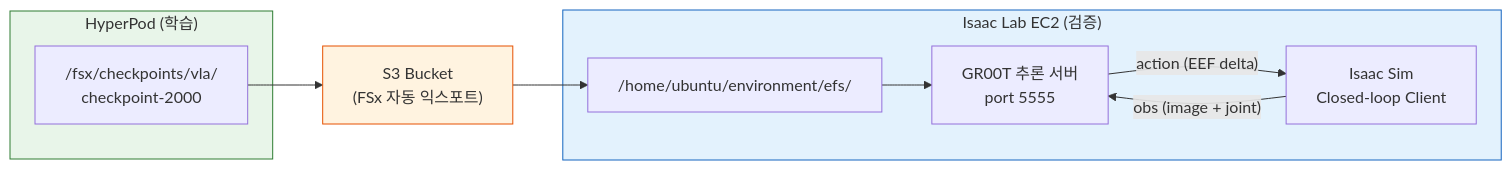
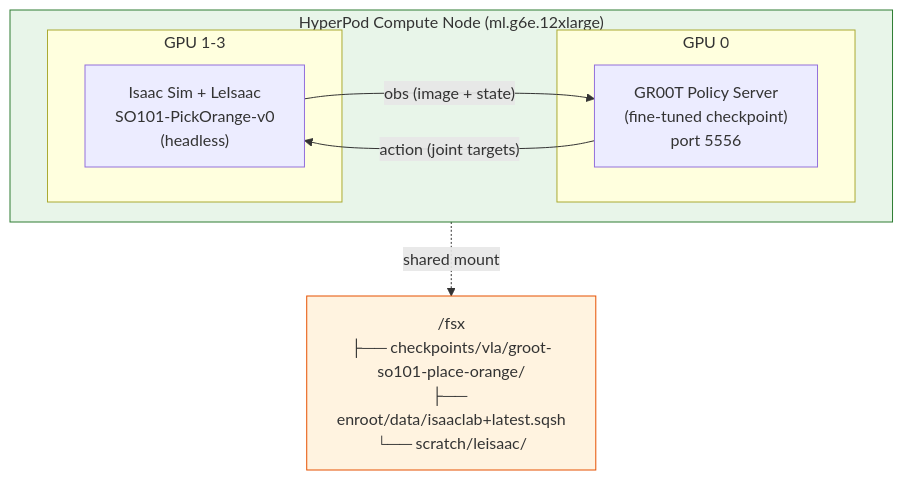
The diagram in physical-ai-on-aws-guide/hyperpod-distributed-training/6.-simulation-verification.md (seokjushin/physical-ai-aws-docs), drawn with Mermaid before and after one commit. The commit also changed other lines of this file and 1 other file, not shown here.

````diff
--- a/physical-ai-on-aws-guide/hyperpod-distributed-training/6.-simulation-verification.md
+++ b/physical-ai-on-aws-guide/hyperpod-distributed-training/6.-simulation-verification.md
@@ -24,24 +23,21 @@
 ```mermaid
-flowchart LR
-    subgraph HyperPod["HyperPod (학습)"]
-        FSx["/fsx/checkpoints/vla/\ncheckpoint-2000"]
+flowchart TB
+    subgraph ComputeNode["HyperPod Compute Node (ml.g6e.12xlarge)"]
+        direction LR
+        subgraph GPU0["GPU 0"]
+            GROOT["GR00T Policy Server\n(fine-tuned checkpoint)\nport 5556"]
+        end
+        subgraph GPU123["GPU 1-3"]
+            SIM["Isaac Sim + LeIsaac\nSO101-PickOrange-v0\n(headless)"]
+        end
+        GROOT -- "action (joint targets)" --> SIM
+        SIM -- "obs (image + state)" --> GROOT
     end
 
-    S3["S3 Bucket\n(FSx 자동 익스포트)"]
+    FSx["/fsx\n├── checkpoints/vla/groot-so101-place-orange/\n├── enroot/data/isaaclab+latest.sqsh\n└── scratch/leisaac/"]
 
-    subgraph EC2["Isaac Lab EC2 (검증)"]
-        EFS["/home/ubuntu/environment/efs/"]
-        GROOT["GR00T 추론 서버\nport 5555"]
-        SIM["Isaac Sim\nClosed-loop Client"]
-        EFS --> GROOT
-        GROOT -- "action (EEF delta)" --> SIM
-        SIM -- "obs (image + joint)" --> GROOT
-    end
+    ComputeNode -. "shared mount" .-> FSx
 
-    FSx --> S3
-    S3 --> EFS
-
-    style HyperPod fill:#e8f5e9,stroke:#2e7d32
-    style EC2 fill:#e3f2fd,stroke:#1565c0
-    style S3 fill:#fff3e0,stroke:#e65100
+    style ComputeNode fill:#e8f5e9,stroke:#2e7d32
+    style FSx fill:#fff3e0,stroke:#e65100
 ```
````
